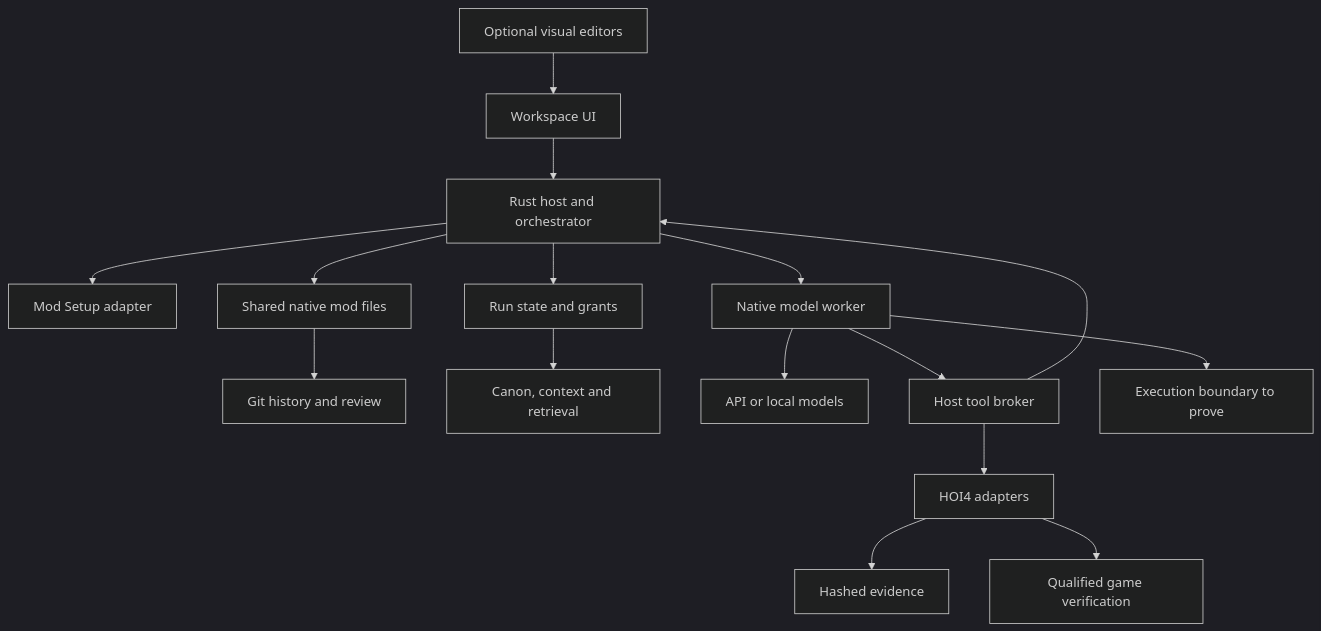
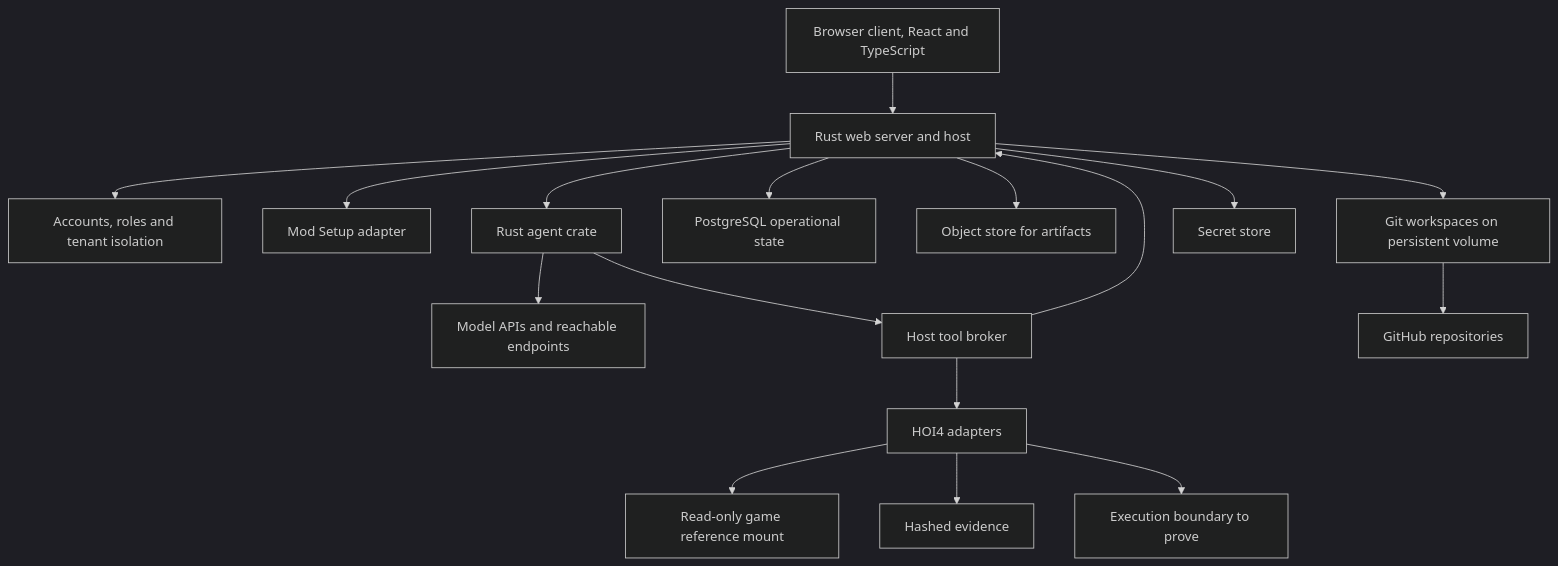
One commit to klimPaskov/hoi4-factory changed the diagram in docs/02-architecture/recommended-architecture.md. Above: the diagram before and after it, drawn with Mermaid (dark theme). The commit also changed other lines of this file and 51 other files, not shown here.

First line of the commit message:
Revise plan for a hosted Rust web app with GitHub integration

````diff
--- a/docs/02-architecture/recommended-architecture.md
+++ b/docs/02-architecture/recommended-architecture.md
@@ -7,18 +7,19 @@
 ```mermaid
 flowchart TD
-    Visual["Optional visual editors"] --> UI["Workspace UI"]
-    UI --> Host["Rust host and orchestrator"]
-    Host --> Setup["Mod Setup adapter"]
-    Host --> State["Run state and grants"]
-    Host --> Repo["Shared native mod files"]
-    Repo --> Git["Git history and review"]
-    State --> Context["Canon, context and retrieval"]
-    Host --> Worker["Native model worker"]
-    Worker --> Providers["API or local models"]
-    Worker --> Broker["Host tool broker"]
+    Browser["Browser client, React and TypeScript"] --> Server["Rust web server and host"]
+    Server --> Accounts["Accounts, roles and tenant isolation"]
+    Server --> Setup["Mod Setup adapter"]
+    Server --> Agent["Rust agent crate"]
+    Agent --> Providers["Model APIs and reachable endpoints"]
+    Agent --> Broker["Host tool broker"]
+    Broker --> Server
     Broker --> Tools["HOI4 adapters"]
+    Server --> Postgres["PostgreSQL operational state"]
+    Server --> Objects["Object store for artifacts"]
+    Server --> GitVolume["Git workspaces on persistent volume"]
+    GitVolume --> GitHub["GitHub repositories"]
+    Server --> Secrets["Secret store"]
+    Tools --> GameRef["Read-only game reference mount"]
     Tools --> Evidence["Hashed evidence"]
-    Tools --> Game["Qualified game verification"]
-    Worker --> Boundary["Execution boundary to prove"]
-    Broker --> Host
+    Tools --> Boundary["Execution boundary to prove"]
 ```
````
